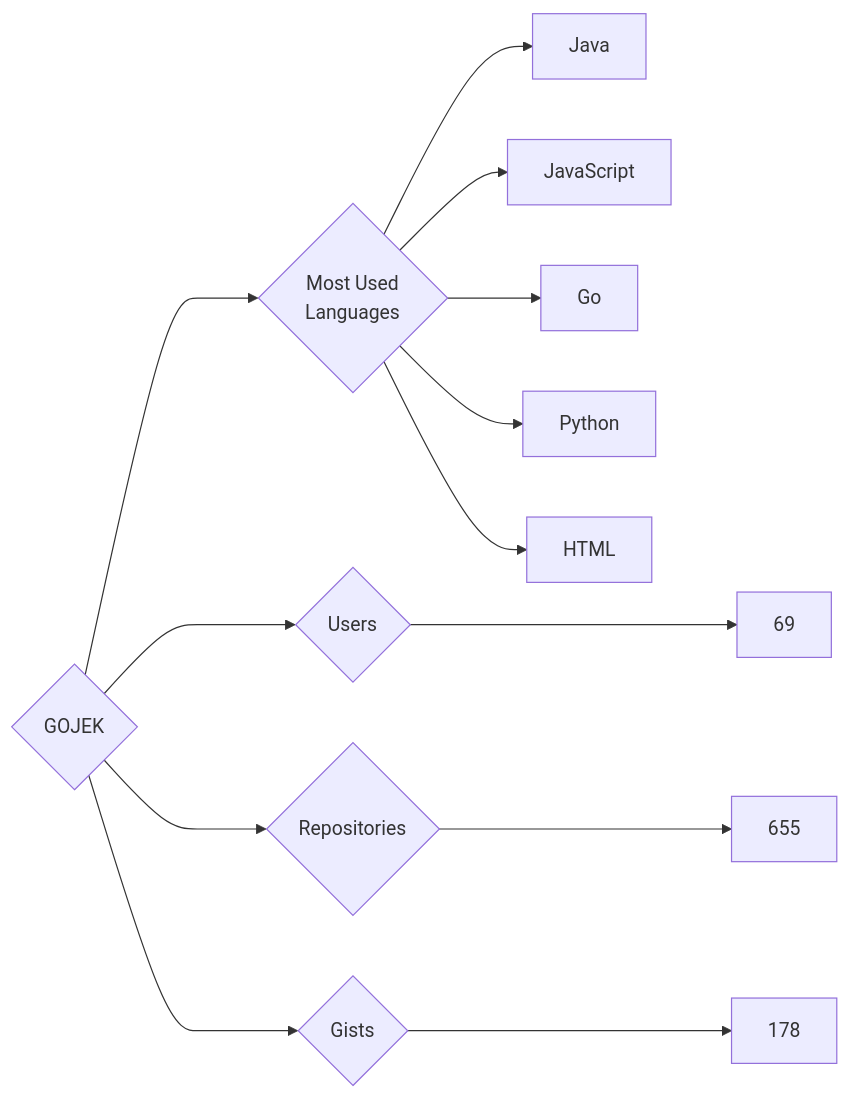
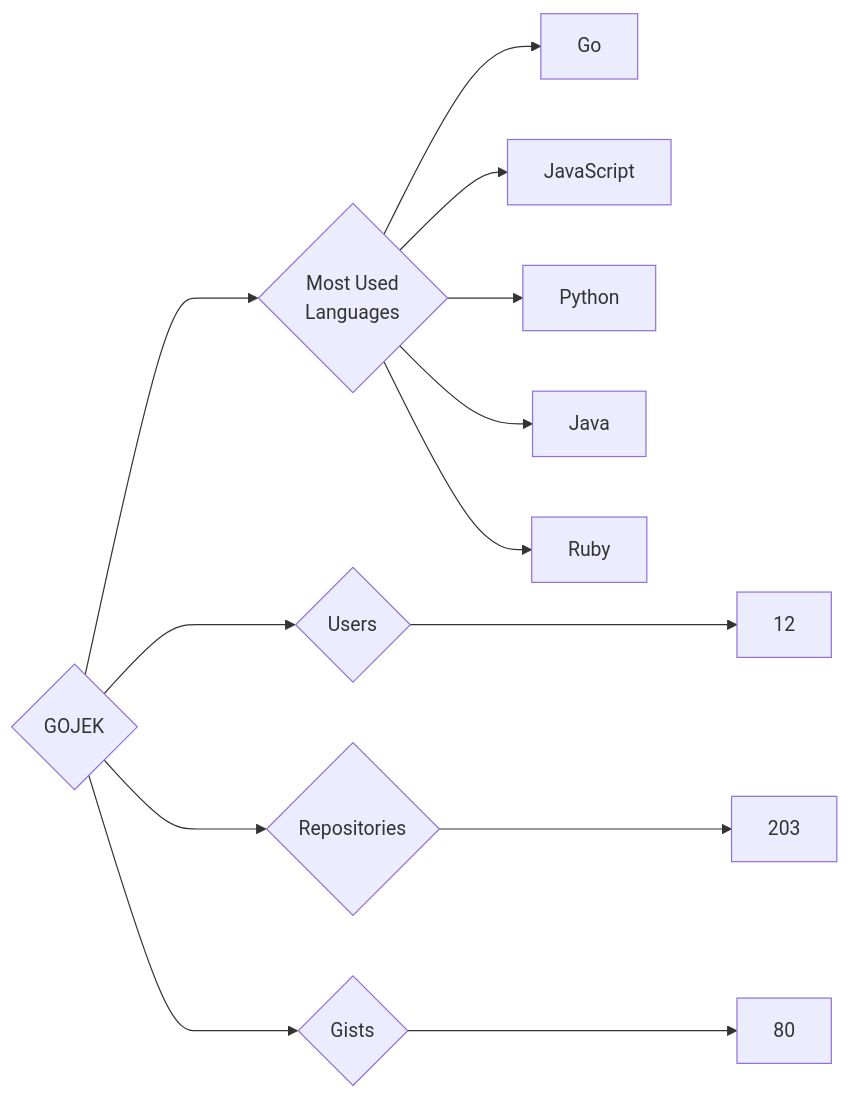
The diagram in targets/GOJEK/README.md (trickest/insiders), drawn with Mermaid before and after one commit. The commit also changed 644 other files, not shown here.

````diff
--- a/targets/GOJEK/README.md
+++ b/targets/GOJEK/README.md
@@ -3,13 +3,13 @@
 ```mermaid
 graph LR
 COMPANY_NAME{GOJEK}
-COMPANY_NAME ---> U{Users} ---> UN[69]
-COMPANY_NAME ---> R{Repositories} ---> RN[655]
-COMPANY_NAME ---> G{Gists} ---> GN[178]
+COMPANY_NAME ---> U{Users} ---> UN[12]
+COMPANY_NAME ---> R{Repositories} ---> RN[203]
+COMPANY_NAME ---> G{Gists} ---> GN[80]
 COMPANY_NAME ---> ML{Most Used<br>Languages}
+ML --> Go[Go]
+ML --> JavaScript[JavaScript]
+ML --> Python[Python]
 ML --> Java[Java]
-ML --> JavaScript[JavaScript]
-ML --> Go[Go]
-ML --> Python[Python]
-ML --> HTML[HTML]
+ML --> Ruby[Ruby]
 ```
````
